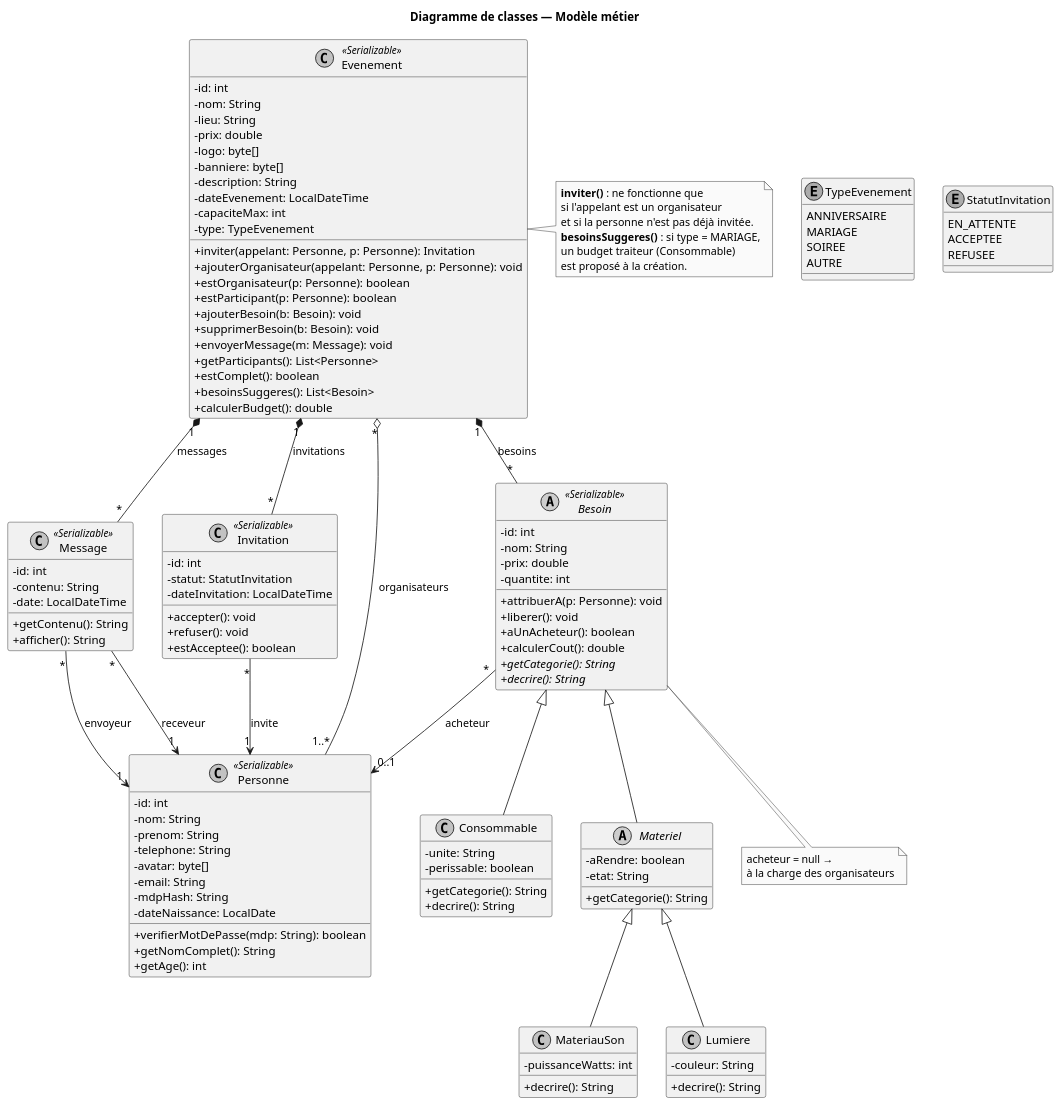
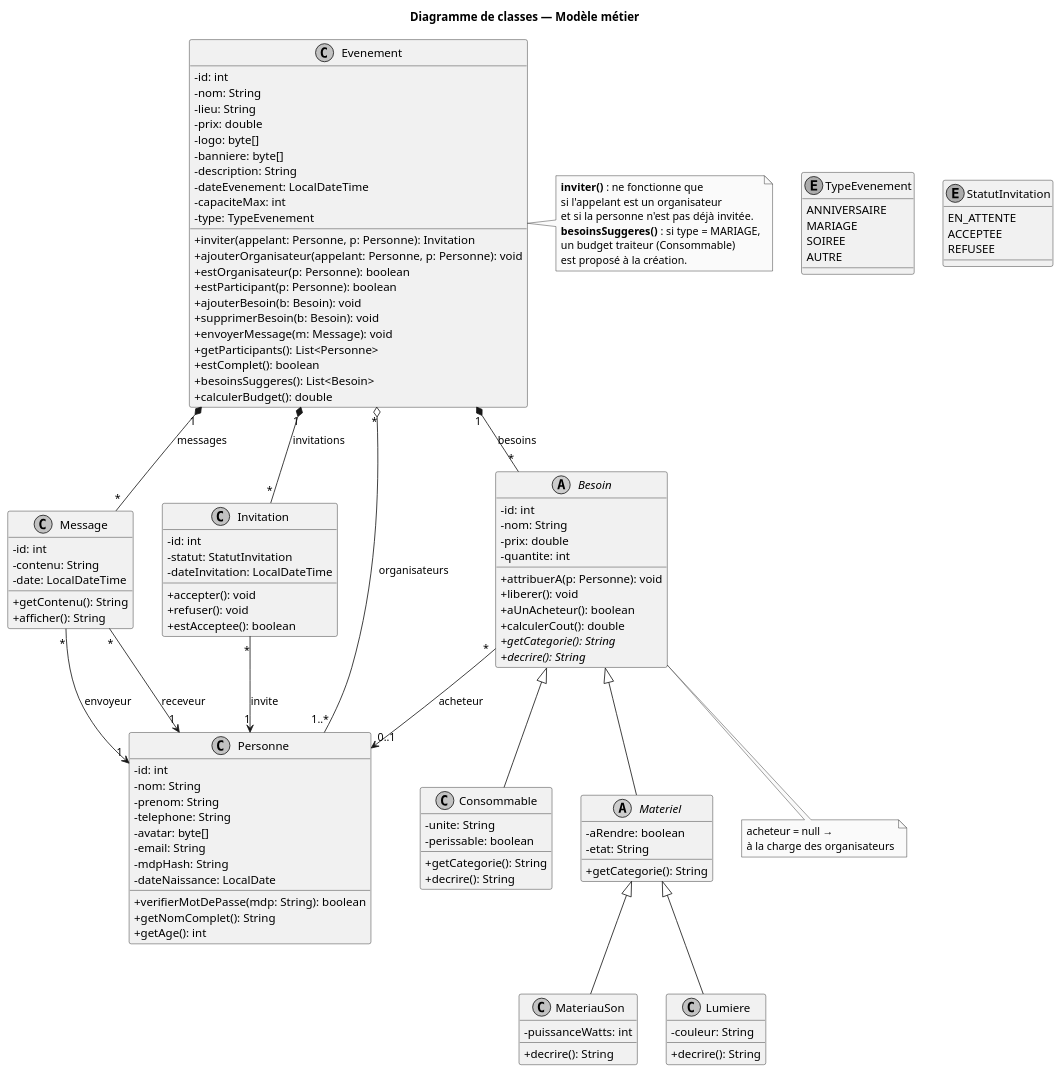
The diagram in doc/uml/classes.puml (Tactiis239/gestion-event), drawn with PlantUML before and after one commit. The commit also changed 5 other files, not shown here.

```diff
--- a/doc/uml/classes.puml
+++ b/doc/uml/classes.puml
@@ -1,140 +1,140 @@
 @startuml classes
 skinparam shadowing false
 skinparam monochrome true
 skinparam defaultFontName Helvetica
 skinparam classAttributeIconSize 0
 
 title Diagramme de classes — Modèle métier
 
-class Evenement <<Serializable>> {
+class Evenement {
   -id: int
   -nom: String
   -lieu: String
   -prix: double
   -logo: byte[]
   -banniere: byte[]
   -description: String
   -dateEvenement: LocalDateTime
   -capaciteMax: int
   -type: TypeEvenement
   +inviter(appelant: Personne, p: Personne): Invitation
   +ajouterOrganisateur(appelant: Personne, p: Personne): void
   +estOrganisateur(p: Personne): boolean
   +estParticipant(p: Personne): boolean
   +ajouterBesoin(b: Besoin): void
   +supprimerBesoin(b: Besoin): void
   +envoyerMessage(m: Message): void
   +getParticipants(): List<Personne>
   +estComplet(): boolean
   +besoinsSuggeres(): List<Besoin>
   +calculerBudget(): double
 }
 
 enum TypeEvenement {
   ANNIVERSAIRE
   MARIAGE
   SOIREE
   AUTRE
 }
 
-class Message <<Serializable>> {
+class Message {
   -id: int
   -contenu: String
   -date: LocalDateTime
   +getContenu(): String
   +afficher(): String
 }
 
-class Invitation <<Serializable>> {
+class Invitation {
   -id: int
   -statut: StatutInvitation
   -dateInvitation: LocalDateTime
   +accepter(): void
   +refuser(): void
   +estAcceptee(): boolean
 }
 
 enum StatutInvitation {
   EN_ATTENTE
   ACCEPTEE
   REFUSEE
 }
 
-abstract class Besoin <<Serializable>> {
+abstract class Besoin {
   -id: int
   -nom: String
   -prix: double
   -quantite: int
   +attribuerA(p: Personne): void
   +liberer(): void
   +aUnAcheteur(): boolean
   +calculerCout(): double
   +{abstract} getCategorie(): String
   +{abstract} decrire(): String
 }
 
 class Consommable {
   -unite: String
   -perissable: boolean
   +getCategorie(): String
   +decrire(): String
 }
 
 abstract class Materiel {
   -aRendre: boolean
   -etat: String
   +getCategorie(): String
 }
 
 class MateriauSon {
   -puissanceWatts: int
   +decrire(): String
 }
 
 class Lumiere {
   -couleur: String
   +decrire(): String
 }
 
-class Personne <<Serializable>> {
+class Personne {
   -id: int
   -nom: String
   -prenom: String
   -telephone: String
   -avatar: byte[]
   -email: String
   -mdpHash: String
   -dateNaissance: LocalDate
   +verifierMotDePasse(mdp: String): boolean
   +getNomComplet(): String
   +getAge(): int
 }
 
 Evenement "*" o-- "1..*" Personne : organisateurs
 Evenement "1" *-- "*" Invitation : invitations
 Evenement "1" *-- "*" Besoin : besoins
 Evenement "1" *-- "*" Message : messages
 
 Message "*" --> "1" Personne : envoyeur
 Message "*" --> "1" Personne : receveur
 Invitation "*" --> "1" Personne : invite
 Besoin "*" --> "0..1" Personne : acheteur
 
 Besoin <|-- Consommable
 Besoin <|-- Materiel
 Materiel <|-- MateriauSon
 Materiel <|-- Lumiere
 
 note right of Evenement
   **inviter()** : ne fonctionne que
   si l'appelant est un organisateur
   et si la personne n'est pas déjà invitée.
   **besoinsSuggeres()** : si type = MARIAGE,
   un budget traiteur (Consommable)
   est proposé à la création.
 end note
 
 note "acheteur = null →\nà la charge des organisateurs" as N2
 Besoin .. N2
 
 @enduml
```
